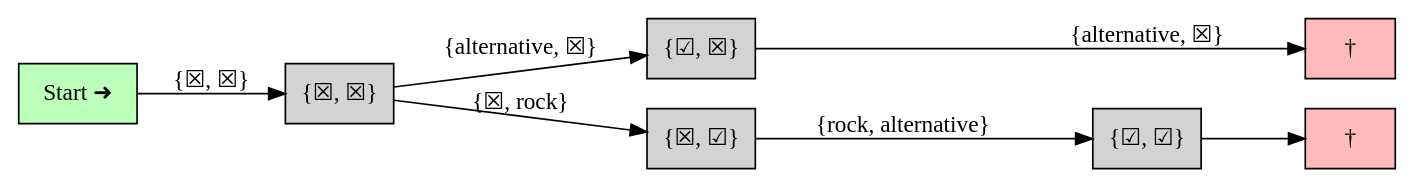
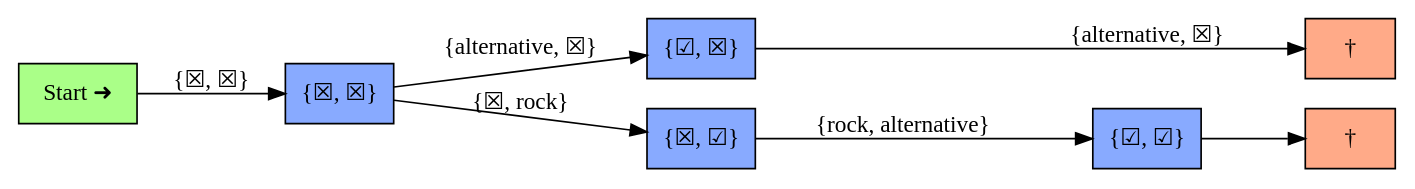
The diagram in rst/5_provider/figs/tree_match_example.dot (sahib/libmunin-thesis), drawn with Graphviz before and after one commit. The commit also changed 26 other files, not shown here.

Commit message:
Added some colors to the graphics.

```diff
--- a/rst/5_provider/figs/tree_match_example.dot
+++ b/rst/5_provider/figs/tree_match_example.dot
@@ -1,26 +1,26 @@
 digraph {
     // size=4; 
     splines=false;
-    node [shape=box, style=filled];
+    node [shape=box, style=filled, fillcolor="#88aaff"];
     rankdir="LR";
     
     subgraph {
         rank=same;
-        " †" [fillcolor="#ffbbbb"]
-        "† " [fillcolor="#ffbbbb"]
+        " †" [fillcolor="#ffaa88"]
+        "† " [fillcolor="#ffaa88"]
     }
 
     subgraph {
         rank=same;
         "{☑, ☒}"
         "{☒, ☑}"
     }
-    "Start ➜" [fillcolor="#bbffbb"]
+    "Start ➜" [fillcolor="#aaff88"]
 
     "Start ➜" -> "{☒, ☒}" [label=" {☒, ☒}"]
     "{☒, ☒}" -> "{☑, ☒}" [label="{alternative, ☒}"]
     "{☒, ☒}" -> "{☒, ☑}" [label=" {☒, rock}"]
     "{☒, ☑}" -> "{☑, ☑}" [label=" {rock, alternative}"]
     "{☑, ☒}" -> "† " [label="{alternative, ☒}"]
     "{☑, ☑}" -> " †"
 }
```
